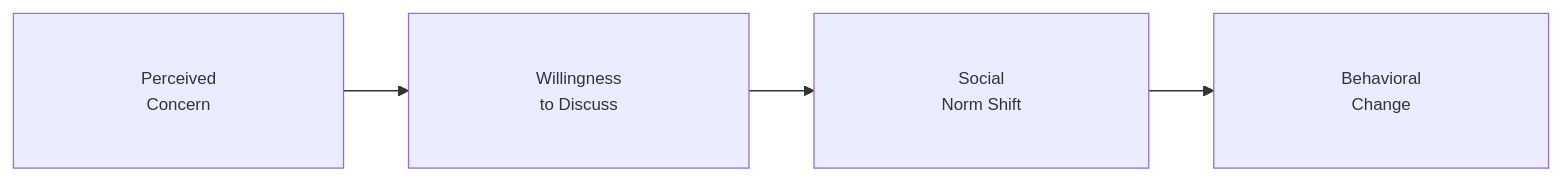
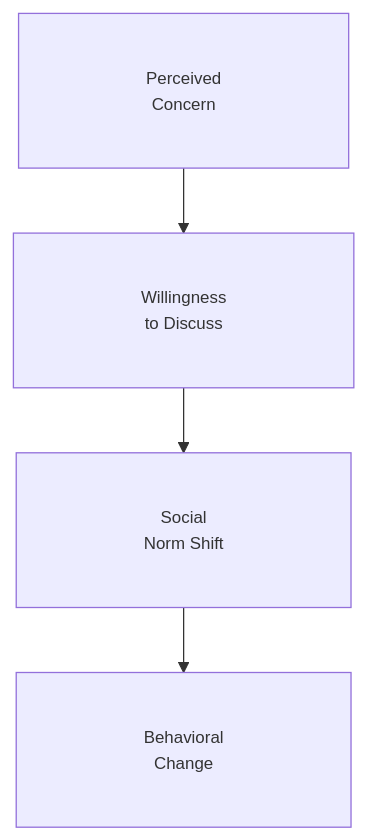
The third of 7 diagrams in Communication_Influence/Mastery_Guide_SOW_BS033.md (GM024/CourseSummaries), drawn with Mermaid before and after one commit. The commit also changed other lines of this file, not shown here.

Commit message:
Standardize diagrams with Responsive Node Sizing, 13px font, and Quad-Padding

````diff
--- a/Communication_Influence/Mastery_Guide_SOW_BS033.md
+++ b/Communication_Influence/Mastery_Guide_SOW_BS033.md
@@ -94,7 +94,7 @@
 ```mermaid
 %%{init: {'flowchart': {'padding': 40}, 'themeVariables': { 'fontSize': '13px' }}}%%
-graph LR
+graph TD
     Perception["&nbsp;&nbsp;&nbsp;&nbsp; Perceived &nbsp;&nbsp;&nbsp;&nbsp;<br/>&nbsp;&nbsp;&nbsp;&nbsp; Concern &nbsp;&nbsp;&nbsp;&nbsp;"] --> Talk["&nbsp;&nbsp;&nbsp;&nbsp; Willingness &nbsp;&nbsp;&nbsp;&nbsp;<br/>&nbsp;&nbsp;&nbsp;&nbsp; to Discuss &nbsp;&nbsp;&nbsp;&nbsp;"]
     Talk --> Norm["&nbsp;&nbsp;&nbsp;&nbsp; Social &nbsp;&nbsp;&nbsp;&nbsp;<br/>&nbsp;&nbsp;&nbsp;&nbsp; Norm Shift &nbsp;&nbsp;&nbsp;&nbsp;"]
     Norm --> Behavior["&nbsp;&nbsp;&nbsp;&nbsp; Behavioral &nbsp;&nbsp;&nbsp;&nbsp;<br/>&nbsp;&nbsp;&nbsp;&nbsp; Change &nbsp;&nbsp;&nbsp;&nbsp;"]
 ```
````
